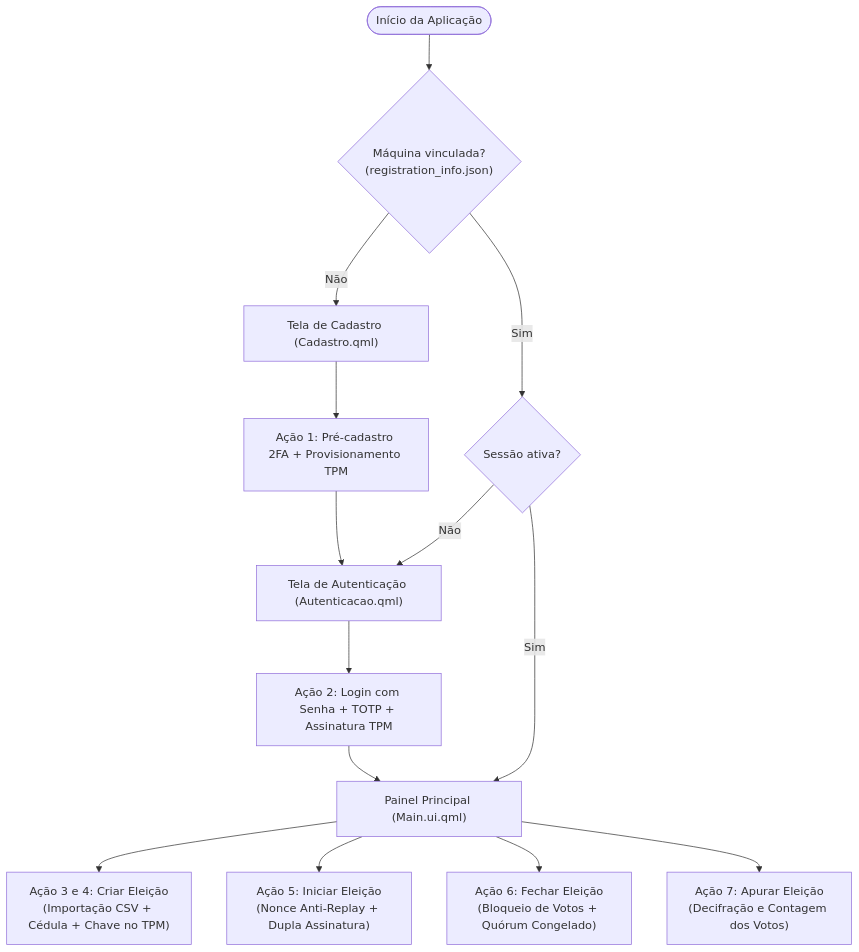
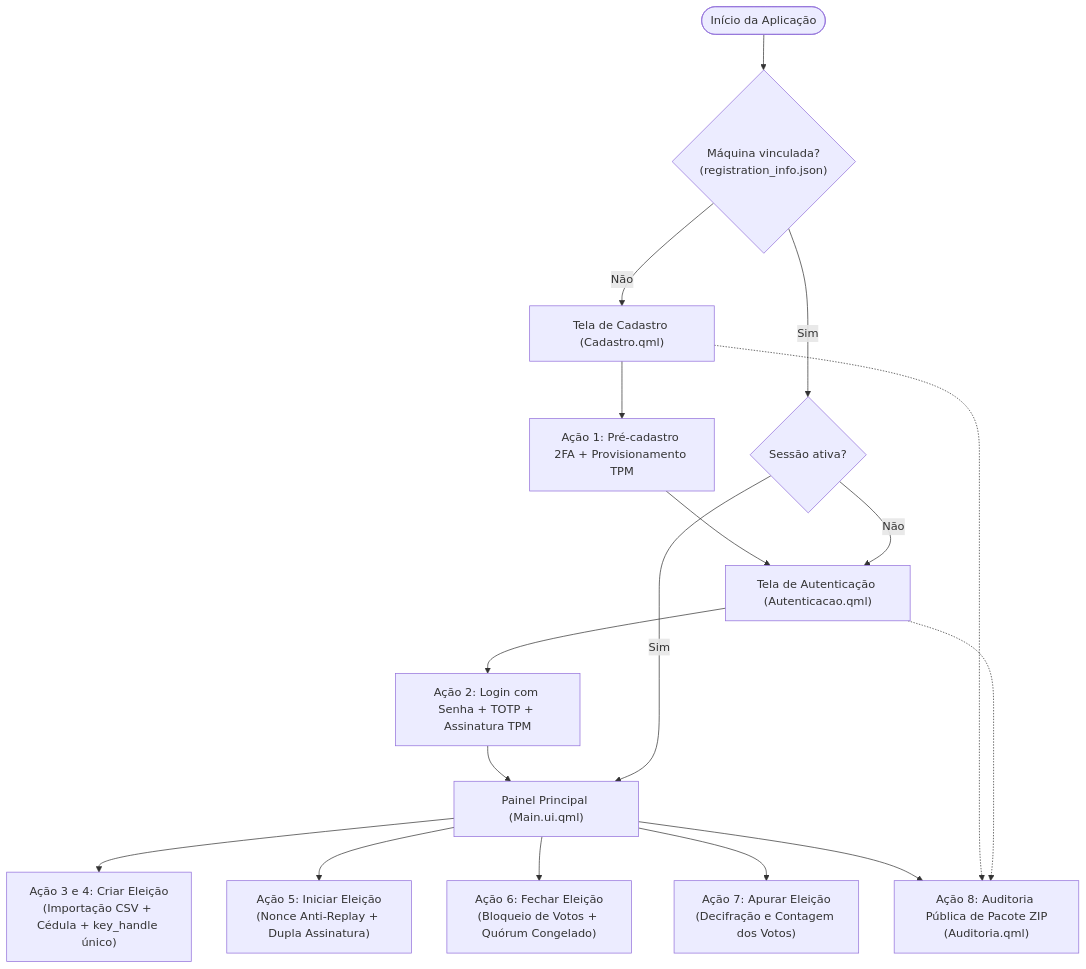
Before and after one commit to laribrito/votaai-desktop: the first of 10 diagrams in README.md, drawn with Mermaid. The commit also changed other lines of this file, not shown here.

Commit message:
docs(readme): document unique election key_handle, machine_fingerprint and ZIP audit flow

````diff
--- a/README.md
+++ b/README.md
@@ -100,19 +102,22 @@
 ```mermaid
 flowchart TD
     Start([Início da Aplicação]) --> CheckReg{"Máquina vinculada?<br/>(registration_info.json)"}
     
     CheckReg -- Não --> PageCadastro["Tela de Cadastro (Cadastro.qml)"]
     PageCadastro --> FlowReg["Ação 1: Pré-cadastro 2FA + Provisionamento TPM"]
     FlowReg --> PageAuth["Tela de Autenticação (Autenticacao.qml)"]
     
     CheckReg -- Sim --> CheckAuth{"Sessão ativa?"}
     CheckAuth -- Não --> PageAuth
     PageAuth --> FlowAuth["Ação 2: Login com Senha + TOTP + Assinatura TPM"]
     FlowAuth --> MainPanel["Painel Principal (Main.ui.qml)"]
     CheckAuth -- Sim --> MainPanel
     
-    MainPanel --> Action1["Ação 3 e 4: Criar Eleição<br/>(Importação CSV + Cédula + Chave no TPM)"]
+    MainPanel --> Action1["Ação 3 e 4: Criar Eleição<br/>(Importação CSV + Cédula + key_handle único)"]
     MainPanel --> Action2["Ação 5: Iniciar Eleição<br/>(Nonce Anti-Replay + Dupla Assinatura)"]
     MainPanel --> Action3["Ação 6: Fechar Eleição<br/>(Bloqueio de Votos + Quórum Congelado)"]
     MainPanel --> Action4["Ação 7: Apurar Eleição<br/>(Decifração e Contagem dos Votos)"]
+    MainPanel --> Action5["Ação 8: Auditoria Pública de Pacote ZIP<br/>(Auditoria.qml)"]
+    PageCadastro -.-> Action5
+    PageAuth -.-> Action5
 ```
````
